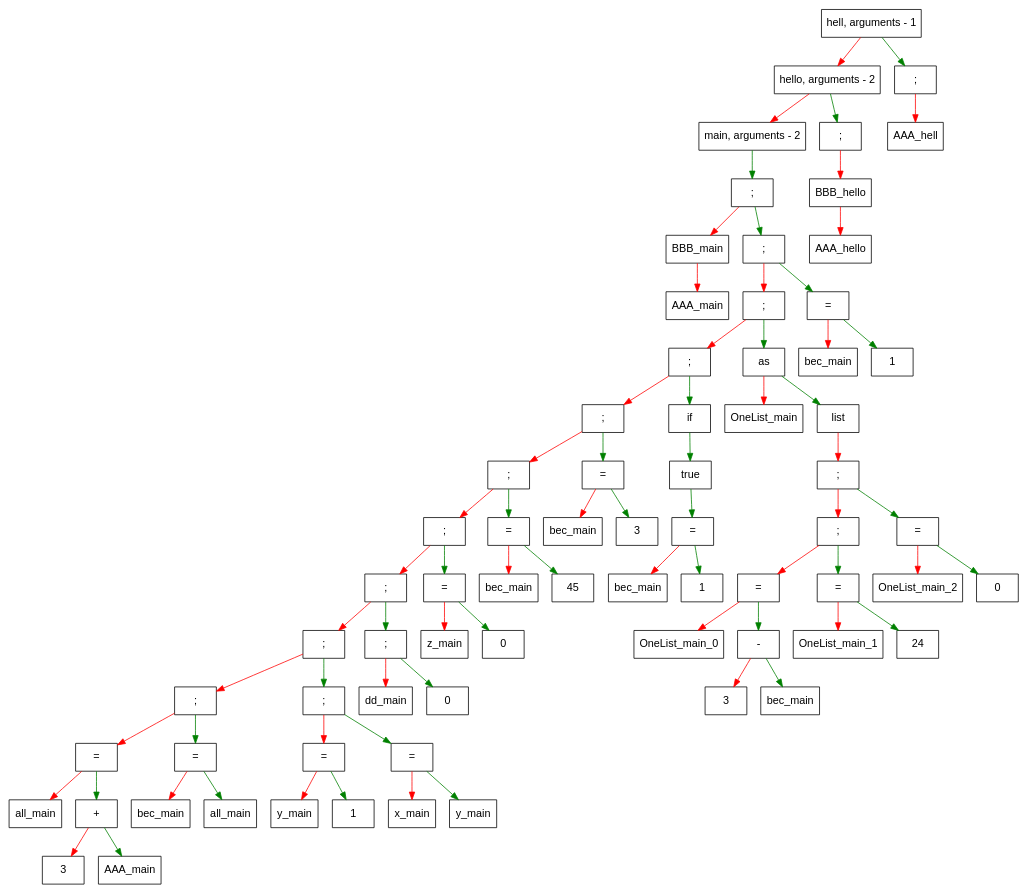
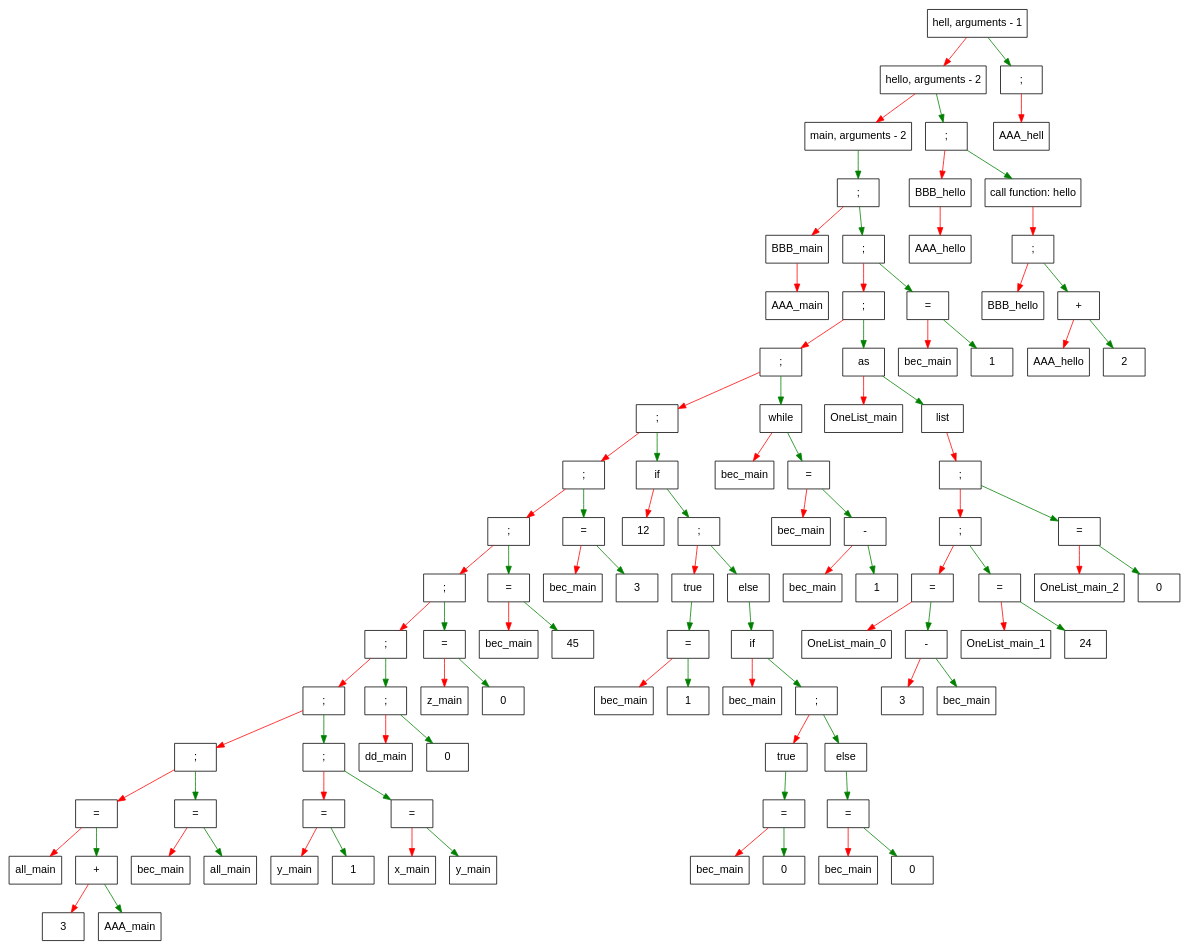
The diagram in dump.dot (Naminar/Language), drawn with Graphviz before and after one commit. The commit also changed 16 other files, not shown here.

```diff
--- a/dump.dot
+++ b/dump.dot
@@ -1,144 +1,200 @@
 digraph G{
  size="100" node [shape = record, fontname = Arial];
-    elem000002b54e8a97a0[label = " {hell, arguments - 1} "];
+    elem000001cf21cfb0d0[label = " { hell, arguments - 1} "];
 edge [color = red];
-elem000002b54e8a97a0 -> elem000002b54e8a9420;edge [color = green];
-elem000002b54e8a97a0 -> elem000002b54e8a63f0;elem000002b54e8a9420[label = " {hello, arguments - 2} "];
+elem000001cf21cfb0d0 -> elem000001cf21cfac10;edge [color = green];
+elem000001cf21cfb0d0 -> elem000001cf21cfc370;elem000001cf21cfac10[label = " { hello, arguments - 2} "];
 edge [color = red];
-elem000002b54e8a9420 -> elem000002b54e8a1630;edge [color = green];
-elem000002b54e8a9420 -> elem000002b54e8a5c30;elem000002b54e8a1630[label = " {main, arguments - 2} "];
+elem000001cf21cfac10 -> elem000001cf21cf1630;edge [color = green];
+elem000001cf21cfac10 -> elem000001cf21cfc2f0;elem000001cf21cf1630[label = " { main, arguments - 2} "];
 edge [color = green];
-elem000002b54e8a1630 -> elem000002b54e8a6230;elem000002b54e8a6230[label = " { ; } "];
+elem000001cf21cf1630 -> elem000001cf21cfb450;elem000001cf21cfb450[label = " { ; } "];
 edge [color = red];
-elem000002b54e8a6230 -> elem000002b54e8a17e0;edge [color = green];
-elem000002b54e8a6230 -> elem000002b54e8a67f0;elem000002b54e8a17e0[label = " {BBB_main} "];
+elem000001cf21cfb450 -> elem000001cf21cf17e0;edge [color = green];
+elem000001cf21cfb450 -> elem000001cf21cfc630;elem000001cf21cf17e0[label = " {BBB_main} "];
 edge [color = red];
-elem000002b54e8a17e0 -> elem000002b54e8a1750;elem000002b54e8a1750[label = " {AAA_main} "];
-elem000002b54e8a67f0[label = " { ; } "];
+elem000001cf21cf17e0 -> elem000001cf21cf1750;elem000001cf21cf1750[label = " {AAA_main} "];
+elem000001cf21cfc630[label = " { ; } "];
 edge [color = red];
-elem000002b54e8a67f0 -> elem000002b54e8a62b0;edge [color = green];
-elem000002b54e8a67f0 -> elem000002b54e8a94a0;elem000002b54e8a62b0[label = " { ; } "];
+elem000001cf21cfc630 -> elem000001cf21cfcc70;edge [color = green];
+elem000001cf21cfc630 -> elem000001cf21cfa850;elem000001cf21cfcc70[label = " { ; } "];
 edge [color = red];
-elem000002b54e8a62b0 -> elem000002b54e8a6470;edge [color = green];
-elem000002b54e8a62b0 -> elem000002b54e8a9120;elem000002b54e8a6470[label = " { ; } "];
+elem000001cf21cfcc70 -> elem000001cf21cfc930;edge [color = green];
+elem000001cf21cfcc70 -> elem000001cf21cf9aa0;elem000001cf21cfc930[label = " { ; } "];
 edge [color = red];
-elem000002b54e8a6470 -> elem000002b54e8a60b0;edge [color = green];
-elem000002b54e8a6470 -> elem000002b54e8a90e0;elem000002b54e8a60b0[label = " { ; } "];
+elem000001cf21cfc930 -> elem000001cf21cfc0f0;edge [color = green];
+elem000001cf21cfc930 -> elem000001cf21cf8d60;elem000001cf21cfc0f0[label = " { ; } "];
 edge [color = red];
-elem000002b54e8a60b0 -> elem000002b54e8a62f0;edge [color = green];
-elem000002b54e8a60b0 -> elem000002b54e8a7800;elem000002b54e8a62f0[label = " { ; } "];
+elem000001cf21cfc0f0 -> elem000001cf21cfc170;edge [color = green];
+elem000001cf21cfc0f0 -> elem000001cf21cf8c20;elem000001cf21cfc170[label = " { ; } "];
 edge [color = red];
-elem000002b54e8a62f0 -> elem000002b54e8a6070;edge [color = green];
-elem000002b54e8a62f0 -> elem000002b54e8a7640;elem000002b54e8a6070[label = " { ; } "];
+elem000001cf21cfc170 -> elem000001cf21cfc1f0;edge [color = green];
+elem000001cf21cfc170 -> elem000001cf21cf7c80;elem000001cf21cfc1f0[label = " { ; } "];
 edge [color = red];
-elem000002b54e8a6070 -> elem000002b54e8a66b0;edge [color = green];
-elem000002b54e8a6070 -> elem000002b54e8a6530;elem000002b54e8a66b0[label = " { ; } "];
+elem000001cf21cfc1f0 -> elem000001cf21cfc0b0;edge [color = green];
+elem000001cf21cfc1f0 -> elem000001cf21cf7d00;elem000001cf21cfc0b0[label = " { ; } "];
 edge [color = red];
-elem000002b54e8a66b0 -> elem000002b54e8a5f70;edge [color = green];
-elem000002b54e8a66b0 -> elem000002b54e8a64b0;elem000002b54e8a5f70[label = " { ; } "];
+elem000001cf21cfc0b0 -> elem000001cf21cfc9f0;edge [color = green];
+elem000001cf21cfc0b0 -> elem000001cf21cfcf70;elem000001cf21cfc9f0[label = " { ; } "];
 edge [color = red];
-elem000002b54e8a5f70 -> elem000002b54e8a5fb0;edge [color = green];
-elem000002b54e8a5f70 -> elem000002b54e8a6130;elem000002b54e8a5fb0[label = " { ; } "];
+elem000001cf21cfc9f0 -> elem000001cf21cfb710;edge [color = green];
+elem000001cf21cfc9f0 -> elem000001cf21cfc770;elem000001cf21cfb710[label = " { ; } "];
 edge [color = red];
-elem000002b54e8a5fb0 -> elem000002b54e8a6b20;edge [color = green];
-elem000002b54e8a5fb0 -> elem000002b54e8a6a00;elem000002b54e8a6b20[label = " { = } "];
+elem000001cf21cfb710 -> elem000001cf21cfb2d0;edge [color = green];
+elem000001cf21cfb710 -> elem000001cf21cfb690;elem000001cf21cfb2d0[label = " { ; } "];
 edge [color = red];
-elem000002b54e8a6b20 -> elem000002b54e8a6a90;edge [color = green];
-elem000002b54e8a6b20 -> elem000002b54e8a7680;elem000002b54e8a6a90[label = " {all_main} "];
-elem000002b54e8a7680[label = " { + } "];
+elem000001cf21cfb2d0 -> elem000001cf21cf6b20;edge [color = green];
+elem000001cf21cfb2d0 -> elem000001cf21cf6a00;elem000001cf21cf6b20[label = " { = } "];
 edge [color = red];
-elem000002b54e8a7680 -> elem000002b54e8a74b0;edge [color = green];
-elem000002b54e8a7680 -> elem000002b54e8a7840;elem000002b54e8a74b0[label = " {3} "];
-elem000002b54e8a7840[label = " {AAA_main} "];
-elem000002b54e8a6a00[label = " { = } "];
+elem000001cf21cf6b20 -> elem000001cf21cf6a90;edge [color = green];
+elem000001cf21cf6b20 -> elem000001cf21cf7ac0;elem000001cf21cf6a90[label = " {all_main} "];
+elem000001cf21cf7ac0[label = " { + } "];
 edge [color = red];
-elem000002b54e8a6a00 -> elem000002b54e8a6970;edge [color = green];
-elem000002b54e8a6a00 -> elem000002b54e8a5cb0;elem000002b54e8a6970[label = " {bec_main} "];
-elem000002b54e8a5cb0[label = " {all_main} "];
-elem000002b54e8a6130[label = " { ; } "];
+elem000001cf21cf7ac0 -> elem000001cf21cf74b0;edge [color = green];
+elem000001cf21cf7ac0 -> elem000001cf21cf7a00;elem000001cf21cf74b0[label = " {3} "];
+elem000001cf21cf7a00[label = " {AAA_main} "];
+elem000001cf21cf6a00[label = " { = } "];
 edge [color = red];
-elem000002b54e8a6130 -> elem000002b54e8a7c00;edge [color = green];
-elem000002b54e8a6130 -> elem000002b54e8a7bc0;elem000002b54e8a7c00[label = " { = } "];
+elem000001cf21cf6a00 -> elem000001cf21cf6970;edge [color = green];
+elem000001cf21cf6a00 -> elem000001cf21cfb290;elem000001cf21cf6970[label = " {bec_main} "];
+elem000001cf21cfb290[label = " {all_main} "];
+elem000001cf21cfb690[label = " { ; } "];
 edge [color = red];
-elem000002b54e8a7c00 -> elem000002b54e8a77c0;edge [color = green];
-elem000002b54e8a7c00 -> elem000002b54e8a7700;elem000002b54e8a77c0[label = " {y_main} "];
-elem000002b54e8a7700[label = " {1} "];
-elem000002b54e8a7bc0[label = " { = } "];
+elem000001cf21cfb690 -> elem000001cf21cf78c0;edge [color = green];
+elem000001cf21cfb690 -> elem000001cf21cf7880;elem000001cf21cf78c0[label = " { = } "];
 edge [color = red];
-elem000002b54e8a7bc0 -> elem000002b54e8a7b40;edge [color = green];
-elem000002b54e8a7bc0 -> elem000002b54e8a5d30;elem000002b54e8a7b40[label = " {x_main} "];
-elem000002b54e8a5d30[label = " {y_main} "];
-elem000002b54e8a64b0[label = " { ; } "];
+elem000001cf21cf78c0 -> elem000001cf21cf7c40;edge [color = green];
+elem000001cf21cf78c0 -> elem000001cf21cf7b80;elem000001cf21cf7c40[label = " {y_main} "];
+elem000001cf21cf7b80[label = " {1} "];
+elem000001cf21cf7880[label = " { = } "];
 edge [color = red];
-elem000002b54e8a64b0 -> elem000002b54e8a7b00;edge [color = green];
-elem000002b54e8a64b0 -> elem000002b54e8a5970;elem000002b54e8a7b00[label = " {dd_main} "];
-elem000002b54e8a5970[label = " {0} "];
-elem000002b54e8a6530[label = " { = } "];
+elem000001cf21cf7880 -> elem000001cf21cf7980;edge [color = green];
+elem000001cf21cf7880 -> elem000001cf21cfb550;elem000001cf21cf7980[label = " {x_main} "];
+elem000001cf21cfb550[label = " {y_main} "];
+elem000001cf21cfc770[label = " { ; } "];
 edge [color = red];
-elem000002b54e8a6530 -> elem000002b54e8a7c40;edge [color = green];
-elem000002b54e8a6530 -> elem000002b54e8a5d70;elem000002b54e8a7c40[label = " {z_main} "];
-elem000002b54e8a5d70[label = " {0} "];
-elem000002b54e8a7640[label = " { = } "];
+elem000001cf21cfc770 -> elem000001cf21cf7a40;edge [color = green];
+elem000001cf21cfc770 -> elem000001cf21cfc130;elem000001cf21cf7a40[label = " {dd_main} "];
+elem000001cf21cfc130[label = " {0} "];
+elem000001cf21cfcf70[label = " { = } "];
 edge [color = red];
-elem000002b54e8a7640 -> elem000002b54e8a7900;edge [color = green];
-elem000002b54e8a7640 -> elem000002b54e8a7940;elem000002b54e8a7900[label = " {bec_main} "];
-elem000002b54e8a7940[label = " {45} "];
-elem000002b54e8a7800[label = " { = } "];
+elem000001cf21cfcf70 -> elem000001cf21cf7b00;edge [color = green];
+elem000001cf21cfcf70 -> elem000001cf21cfc730;elem000001cf21cf7b00[label = " {z_main} "];
+elem000001cf21cfc730[label = " {0} "];
+elem000001cf21cf7d00[label = " { = } "];
 edge [color = red];
-elem000002b54e8a7800 -> elem000002b54e8a7780;edge [color = green];
-elem000002b54e8a7800 -> elem000002b54e8a92a0;elem000002b54e8a7780[label = " {bec_main} "];
-elem000002b54e8a92a0[label = " {3} "];
-elem000002b54e8a90e0[label = " {if} "];
+elem000001cf21cf7d00 -> elem000001cf21cf7b40;edge [color = green];
+elem000001cf21cf7d00 -> elem000001cf21cf7bc0;elem000001cf21cf7b40[label = " {bec_main} "];
+elem000001cf21cf7bc0[label = " {45} "];
+elem000001cf21cf7c80[label = " { = } "];
+edge [color = red];
+elem000001cf21cf7c80 -> elem000001cf21cf7c00;edge [color = green];
+elem000001cf21cf7c80 -> elem000001cf21cf9ae0;elem000001cf21cf7c00[label = " {bec_main} "];
+elem000001cf21cf9ae0[label = " {3} "];
+elem000001cf21cf8c20[label = " {if} "];
+edge [color = red];
+elem000001cf21cf8c20 -> elem000001cf21cf9360;edge [color = green];
+elem000001cf21cf8c20 -> elem000001cf21cfccf0;elem000001cf21cf9360[label = " {12} "];
+elem000001cf21cfccf0[label = " { ; } "];
+edge [color = red];
+elem000001cf21cfccf0 -> elem000001cf21cf9960;edge [color = green];
+elem000001cf21cfccf0 -> elem000001cf21cf8c60;elem000001cf21cf9960[label = " {true} "];
 edge [color = green];
-elem000002b54e8a90e0 -> elem000002b54e8a8c20;elem000002b54e8a8c20[label = " {true} "];
+elem000001cf21cf9960 -> elem000001cf21cf8ca0;elem000001cf21cf8ca0[label = " { = } "];
+edge [color = red];
+elem000001cf21cf8ca0 -> elem000001cf21cf96e0;edge [color = green];
+elem000001cf21cf8ca0 -> elem000001cf21cf9820;elem000001cf21cf96e0[label = " {bec_main} "];
+elem000001cf21cf9820[label = " {1} "];
+elem000001cf21cf8c60[label = " {else} "];
 edge [color = green];
-elem000002b54e8a8c20 -> elem000002b54e8a8d60;elem000002b54e8a8d60[label = " { = } "];
+elem000001cf21cf8c60 -> elem000001cf21cf90e0;elem000001cf21cf90e0[label = " {if} "];
 edge [color = red];
-elem000002b54e8a8d60 -> elem000002b54e8a9b60;edge [color = green];
-elem000002b54e8a8d60 -> elem000002b54e8a91e0;elem000002b54e8a9b60[label = " {bec_main} "];
-elem000002b54e8a91e0[label = " {1} "];
-elem000002b54e8a9120[label = " {as} "];
+elem000001cf21cf90e0 -> elem000001cf21cf97e0;edge [color = green];
+elem000001cf21cf90e0 -> elem000001cf21cfcb30;elem000001cf21cf97e0[label = " {bec_main} "];
+elem000001cf21cfcb30[label = " { ; } "];
 edge [color = red];
-elem000002b54e8a9120 -> elem000002b54e8a8ee0;edge [color = green];
-elem000002b54e8a9120 -> elem000002b54e8a9760;elem000002b54e8a8ee0[label = " {OneList_main} "];
-elem000002b54e8a9760[label = " {list} "];
+elem000001cf21cfcb30 -> elem000001cf21cf99a0;edge [color = green];
+elem000001cf21cfcb30 -> elem000001cf21cf8ce0;elem000001cf21cf99a0[label = " {true} "];
+edge [color = green];
+elem000001cf21cf99a0 -> elem000001cf21cf93e0;elem000001cf21cf93e0[label = " { = } "];
 edge [color = red];
-elem000002b54e8a9760 -> elem000002b54e8a59f0;elem000002b54e8a59f0[label = " { ; } "];
+elem000001cf21cf93e0 -> elem000001cf21cf9720;edge [color = green];
+elem000001cf21cf93e0 -> elem000001cf21cf9060;elem000001cf21cf9720[label = " {bec_main} "];
+elem000001cf21cf9060[label = " {0} "];
+elem000001cf21cf8ce0[label = " {else} "];
+edge [color = green];
+elem000001cf21cf8ce0 -> elem000001cf21cf8ea0;elem000001cf21cf8ea0[label = " { = } "];
 edge [color = red];
-elem000002b54e8a59f0 -> elem000002b54e8a5cf0;edge [color = green];
-elem000002b54e8a59f0 -> elem000002b54e8a66f0;elem000002b54e8a5cf0[label = " { ; } "];
+elem000001cf21cf8ea0 -> elem000001cf21cf8f20;edge [color = green];
+elem000001cf21cf8ea0 -> elem000001cf21cf99e0;elem000001cf21cf8f20[label = " {bec_main} "];
+elem000001cf21cf99e0[label = " {0} "];
+elem000001cf21cf8d60[label = " {while} "];
 edge [color = red];
-elem000002b54e8a5cf0 -> elem000002b54e8a6270;edge [color = green];
-elem000002b54e8a5cf0 -> elem000002b54e8a6170;elem000002b54e8a6270[label = " { = } "];
+elem000001cf21cf8d60 -> elem000001cf21cf9320;edge [color = green];
+elem000001cf21cf8d60 -> elem000001cf21cf8d20;elem000001cf21cf9320[label = " {bec_main} "];
+elem000001cf21cf8d20[label = " { = } "];
 edge [color = red];
-elem000002b54e8a6270 -> elem000002b54e8a5db0;edge [color = green];
-elem000002b54e8a6270 -> elem000002b54e8a99e0;elem000002b54e8a5db0[label = " {OneList_main_0} "];
-elem000002b54e8a99e0[label = " { - } "];
+elem000001cf21cf8d20 -> elem000001cf21cf9a60;edge [color = green];
+elem000001cf21cf8d20 -> elem000001cf21cf8de0;elem000001cf21cf9a60[label = " {bec_main} "];
+elem000001cf21cf8de0[label = " { - } "];
 edge [color = red];
-elem000002b54e8a99e0 -> elem000002b54e8a91a0;edge [color = green];
-elem000002b54e8a99e0 -> elem000002b54e8a8ca0;elem000002b54e8a91a0[label = " {3} "];
-elem000002b54e8a8ca0[label = " {bec_main} "];
-elem000002b54e8a6170[label = " { = } "];
+elem000001cf21cf8de0 -> elem000001cf21cf91a0;edge [color = green];
+elem000001cf21cf8de0 -> elem000001cf21cf9860;elem000001cf21cf91a0[label = " {bec_main} "];
+elem000001cf21cf9860[label = " {1} "];
+elem000001cf21cf9aa0[label = " {as} "];
 edge [color = red];
-elem000002b54e8a6170 -> elem000002b54e8a60f0;edge [color = green];
-elem000002b54e8a6170 -> elem000002b54e8a9220;elem000002b54e8a60f0[label = " {OneList_main_1} "];
-elem000002b54e8a9220[label = " {24} "];
-elem000002b54e8a66f0[label = " { = } "];
+elem000001cf21cf9aa0 -> elem000001cf21cf92e0;edge [color = green];
+elem000001cf21cf9aa0 -> elem000001cf21cf9420;elem000001cf21cf92e0[label = " {OneList_main} "];
+elem000001cf21cf9420[label = " {list} "];
 edge [color = red];
-elem000002b54e8a66f0 -> elem000002b54e8a6770;edge [color = green];
-elem000002b54e8a66f0 -> elem000002b54e8a6630;elem000002b54e8a6770[label = " {OneList_main_2} "];
-elem000002b54e8a6630[label = " {0} "];
-elem000002b54e8a94a0[label = " { = } "];
+elem000001cf21cf9420 -> elem000001cf21cfcbb0;elem000001cf21cfcbb0[label = " { ; } "];
 edge [color = red];
-elem000002b54e8a94a0 -> elem000002b54e8a93a0;edge [color = green];
-elem000002b54e8a94a0 -> elem000002b54e8a9a20;elem000002b54e8a93a0[label = " {bec_main} "];
-elem000002b54e8a9a20[label = " {1} "];
-elem000002b54e8a5c30[label = " { ; } "];
+elem000001cf21cfcbb0 -> elem000001cf21cfc3f0;edge [color = green];
+elem000001cf21cfcbb0 -> elem000001cf21cfcc30;elem000001cf21cfc3f0[label = " { ; } "];
 edge [color = red];
-elem000002b54e8a5c30 -> elem000002b54e8a8da0;elem000002b54e8a8da0[label = " {BBB_hello} "];
+elem000001cf21cfc3f0 -> elem000001cf21cfcd30;edge [color = green];
+elem000001cf21cfc3f0 -> elem000001cf21cfcaf0;elem000001cf21cfcd30[label = " { = } "];
 edge [color = red];
-elem000002b54e8a8da0 -> elem000002b54e8a9560;elem000002b54e8a9560[label = " {AAA_hello} "];
-elem000002b54e8a63f0[label = " { ; } "];
+elem000001cf21cfcd30 -> elem000001cf21cfc9b0;edge [color = green];
+elem000001cf21cfcd30 -> elem000001cf21cfad10;elem000001cf21cfc9b0[label = " {OneList_main_0} "];
+elem000001cf21cfad10[label = " { - } "];
 edge [color = red];
-elem000002b54e8a63f0 -> elem000002b54e8a9ae0;elem000002b54e8a9ae0[label = " {AAA_hell} "];
+elem000001cf21cfad10 -> elem000001cf21cfa950;edge [color = green];
+elem000001cf21cfad10 -> elem000001cf21cfab10;elem000001cf21cfa950[label = " {3} "];
+elem000001cf21cfab10[label = " {bec_main} "];
+elem000001cf21cfcaf0[label = " { = } "];
+edge [color = red];
+elem000001cf21cfcaf0 -> elem000001cf21cfca30;edge [color = green];
+elem000001cf21cfcaf0 -> elem000001cf21cfb410;elem000001cf21cfca30[label = " {OneList_main_1} "];
+elem000001cf21cfb410[label = " {24} "];
+elem000001cf21cfcc30[label = " { = } "];
+edge [color = red];
+elem000001cf21cfcc30 -> elem000001cf21cfc230;edge [color = green];
+elem000001cf21cfcc30 -> elem000001cf21cfc1b0;elem000001cf21cfc230[label = " {OneList_main_2} "];
+elem000001cf21cfc1b0[label = " {0} "];
+elem000001cf21cfa850[label = " { = } "];
+edge [color = red];
+elem000001cf21cfa850 -> elem000001cf21cfaf10;edge [color = green];
+elem000001cf21cfa850 -> elem000001cf21cfab50;elem000001cf21cfaf10[label = " {bec_main} "];
+elem000001cf21cfab50[label = " {1} "];
+elem000001cf21cfc2f0[label = " { ; } "];
+edge [color = red];
+elem000001cf21cfc2f0 -> elem000001cf21cfad90;edge [color = green];
+elem000001cf21cfc2f0 -> elem000001cf21cfaed0;elem000001cf21cfad90[label = " {BBB_hello} "];
+edge [color = red];
+elem000001cf21cfad90 -> elem000001cf21cfab90;elem000001cf21cfab90[label = " {AAA_hello} "];
+elem000001cf21cfaed0[label = " {call function: hello} "];
+edge [color = red];
+elem000001cf21cfaed0 -> elem000001cf21cfc530;elem000001cf21cfc530[label = " { ; } "];
+edge [color = red];
+elem000001cf21cfc530 -> elem000001cf21cfafd0;edge [color = green];
+elem000001cf21cfc530 -> elem000001cf21cfa8d0;elem000001cf21cfafd0[label = " {BBB_hello} "];
+elem000001cf21cfa8d0[label = " { + } "];
+edge [color = red];
+elem000001cf21cfa8d0 -> elem000001cf21cfb590;edge [color = green];
+elem000001cf21cfa8d0 -> elem000001cf21cfb1d0;elem000001cf21cfb590[label = " {AAA_hello} "];
+elem000001cf21cfb1d0[label = " {2} "];
+elem000001cf21cfc370[label = " { ; } "];
+edge [color = red];
+elem000001cf21cfc370 -> elem000001cf21cfb390;elem000001cf21cfb390[label = " {AAA_hell} "];
 }
```
